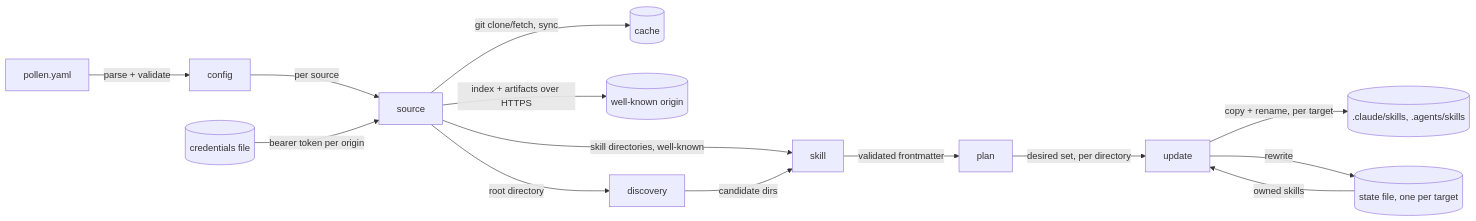
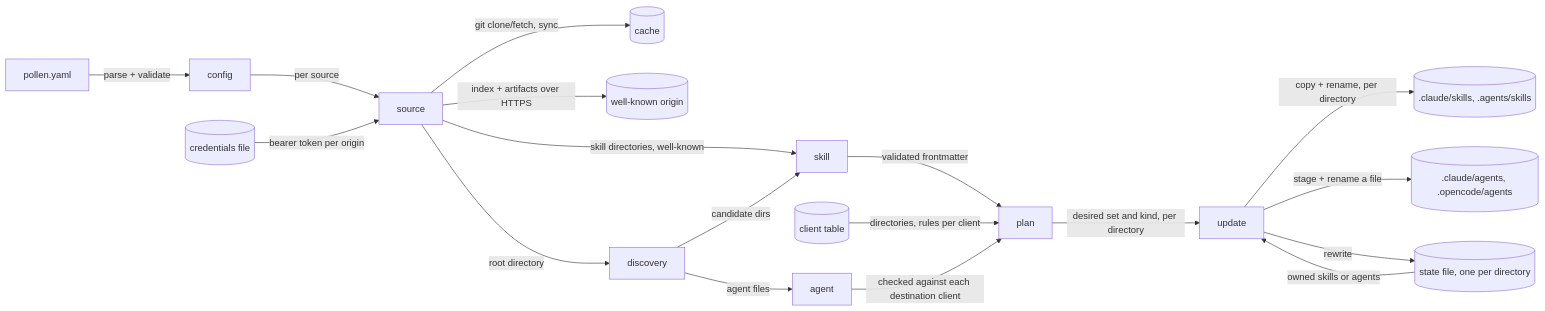
One commit to groupbees/pollen changed the diagram in ARCHITECTURE.md. Above: the diagram before and after it, drawn with Mermaid. The commit also changed other lines of this file and 30 other files, not shown here.

First line of the commit message:
Deploy agent definitions verbatim into each client's agent directory (#103)

````diff
--- a/ARCHITECTURE.md
+++ b/ARCHITECTURE.md
@@ -15,16 +15,20 @@
 ```mermaid
 flowchart LR
     yaml["pollen.yaml"] -->|"parse + validate"| config["config"]
     config -->|"per source"| source["source"]
     source -->|"git clone/fetch, sync"| cache[("cache")]
     source -->|"index + artifacts over HTTPS"| origin[("well-known origin")]
     credentials[("credentials file")] -->|"bearer token per origin"| source
     source -->|"root directory"| discovery["discovery"]
     source -->|"skill directories, well-known"| skill["skill"]
     discovery -->|"candidate dirs"| skill
+    discovery -->|"agent files"| agent["agent"]
     skill -->|"validated frontmatter"| plan["plan"]
-    plan -->|"desired set, per directory"| update["update"]
-    state[("state file, one per target")] -->|"owned skills"| update
-    update -->|"copy + rename, per target"| target[(".claude/skills, .agents/skills")]
+    clients[("client table")] -->|"directories, rules per client"| plan
+    agent -->|"checked against each destination client"| plan
+    plan -->|"desired set and kind, per directory"| update["update"]
+    state[("state file, one per directory")] -->|"owned skills or agents"| update
+    update -->|"copy + rename, per directory"| skilldirs[(".claude/skills, .agents/skills")]
+    update -->|"stage + rename a file"| agentdirs[(".claude/agents, .opencode/agents")]
     update -->|"rewrite"| state
 ```
````
